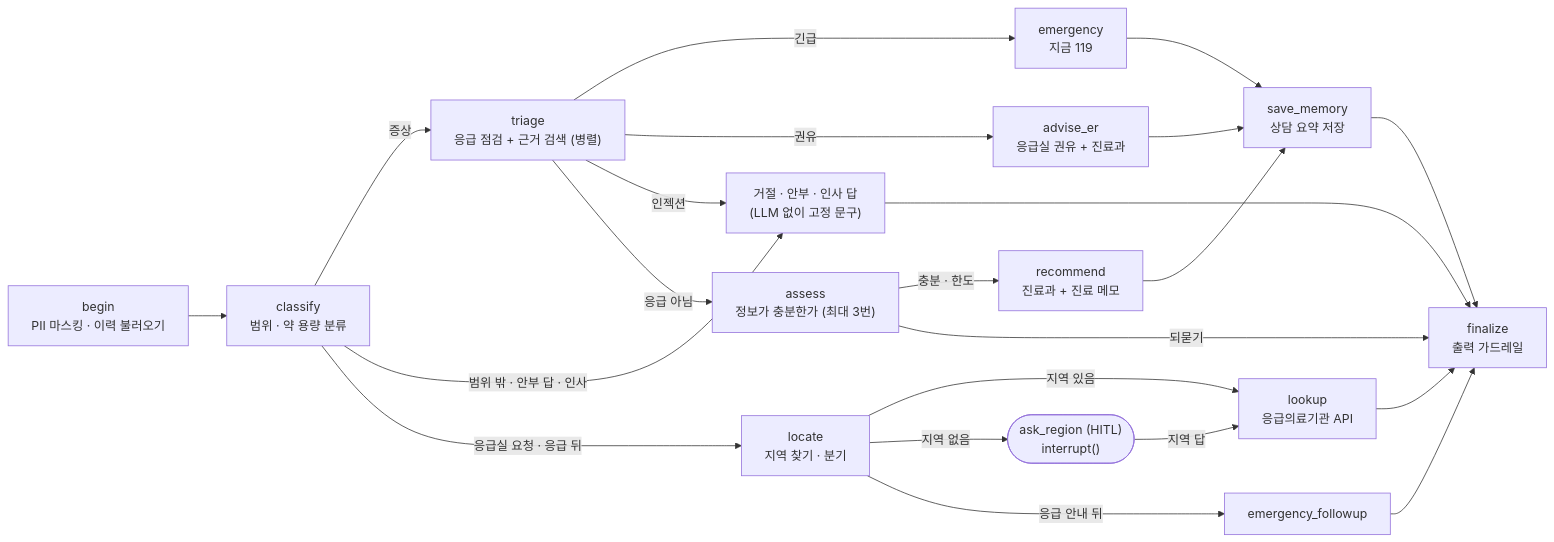
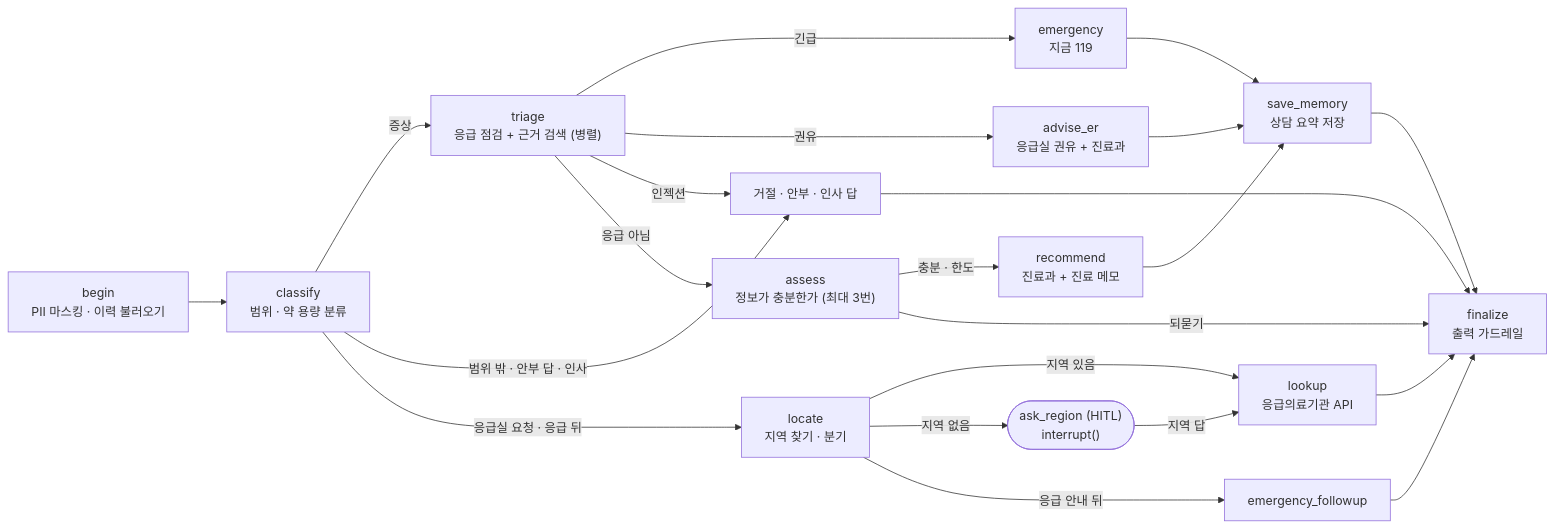
The diagram in README.md (wjdgusdltka/hospital-guide-agent), drawn with Mermaid before and after one commit. The commit also changed other lines of this file and 1 other file, not shown here.

````diff
--- a/README.md
+++ b/README.md
@@ -67,24 +56,24 @@
 ```mermaid
 flowchart LR
   begin["begin<br/>PII 마스킹 · 이력 불러오기"] --> classify["classify<br/>범위 · 약 용량 분류"]
   classify -->|증상| triage["triage<br/>응급 점검 + 근거 검색 (병렬)"]
-  classify -->|범위 밖 · 안부 답 · 인사| short["거절 · 안부 · 인사 답<br/>(LLM 없이 고정 문구)"]
+  classify -->|범위 밖 · 안부 답 · 인사| short["거절 · 안부 · 인사 답"]
   classify -->|응급실 요청 · 응급 뒤| locate["locate<br/>지역 찾기 · 분기"]
   triage -->|긴급| emergency["emergency<br/>지금 119"]
   triage -->|권유| advise_er["advise_er<br/>응급실 권유 + 진료과"]
   triage -->|인젝션| short
   triage -->|응급 아님| assess["assess<br/>정보가 충분한가 (최대 3번)"]
   assess -->|충분 · 한도| recommend["recommend<br/>진료과 + 진료 메모"]
   assess -->|되묻기| finalize["finalize<br/>출력 가드레일"]
   emergency --> save_memory["save_memory<br/>상담 요약 저장"]
   advise_er --> save_memory
   recommend --> save_memory
   save_memory --> finalize
   short --> finalize
   locate -->|지역 있음| lookup["lookup<br/>응급의료기관 API"]
   locate -->|지역 없음| ask_region(["ask_region (HITL)<br/>interrupt()"])
   ask_region -->|지역 답| lookup
   locate -->|응급 안내 뒤| emfollow["emergency_followup"]
   lookup --> finalize
   emfollow --> finalize
 ```
````
